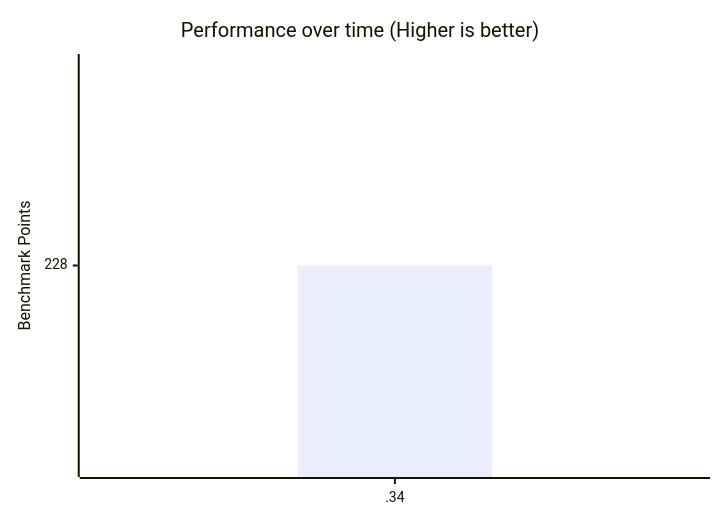
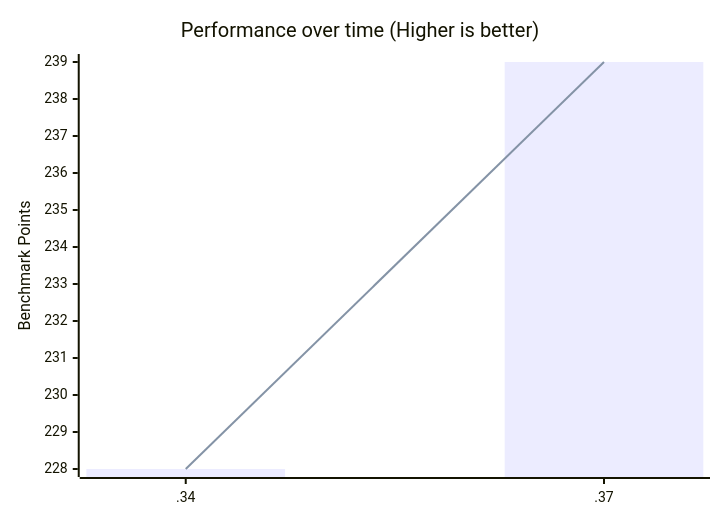
Before and after one commit to zen-browser/docs: the second of 4 diagrams in content/benchmarks.md, drawn with Mermaid. The commit also changed other lines of this file, not shown here.

````diff
--- a/content/benchmarks.md
+++ b/content/benchmarks.md
@@ -48,8 +50,8 @@
 ```mermaid
 xychart-beta
     title "Performance over time (Higher is better)"
-    x-axis [.34]
+    x-axis [.34,.37]
     y-axis "Benchmark Points"
-    bar [228]
-    line [228]
+    bar [228,239]
+    line [228,239]
 ```
````
